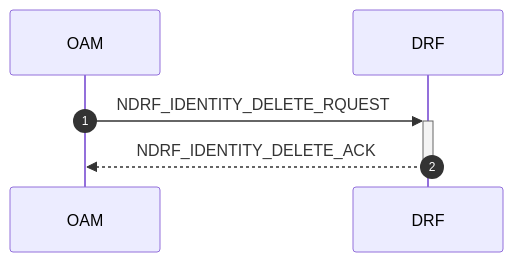
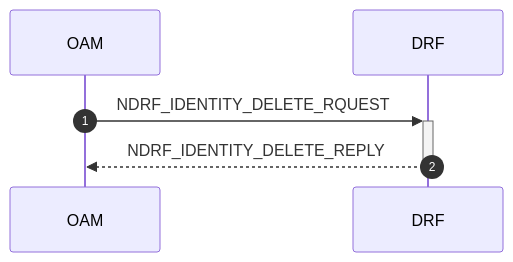
One commit to veil-link/veilink changed diagram 16 of 21 in doc/doc-spec/00-series-general/00.002-procedure.md. Above: the diagram before and after it, drawn with Mermaid. The commit also changed other lines of this file and 1 other file, not shown here.

Commit message:
feat: oam monitoring

````diff
--- a/doc/doc-spec/00-series-general/00.002-procedure.md
+++ b/doc/doc-spec/00-series-general/00.002-procedure.md
@@ -365,9 +368,9 @@
 ```mermaid
 sequenceDiagram
     autonumber
 
     participant oam as OAM
     participant drf as DRF
     oam ->>+ drf: NDRF_IDENTITY_DELETE_RQUEST
-    drf -->>- oam: NDRF_IDENTITY_DELETE_ACK
+    drf -->>- oam: NDRF_IDENTITY_DELETE_REPLY
 ```
````
